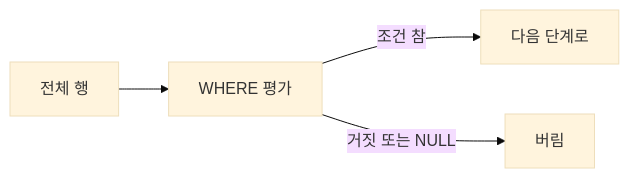
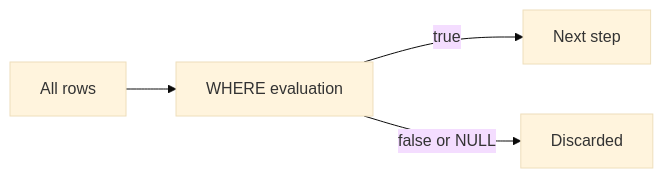
One commit to yeongseon-books/book-content changed the diagram in content/sql-101/ko/03-where-and-conditions.md. Above: the diagram before and after it, drawn with Mermaid (base theme). The commit also changed other lines of this file and 9 other files, not shown here.

````diff
--- a/content/sql-101/ko/03-where-and-conditions.md
+++ b/content/sql-101/ko/03-where-and-conditions.md
@@ -35,6 +47,6 @@
 ```mermaid
 flowchart LR
-    Rows["전체 행"] --> Where["WHERE 평가"]
-    Where -->|조건 참| Pass["다음 단계로"]
-    Where -->|거짓 또는 NULL| Drop["버림"]
+    Rows["All rows"] --> Where["WHERE evaluation"]
+    Where -->|true| Pass["Next step"]
+    Where -->|false or NULL| Drop["Discarded"]
 ```
````
